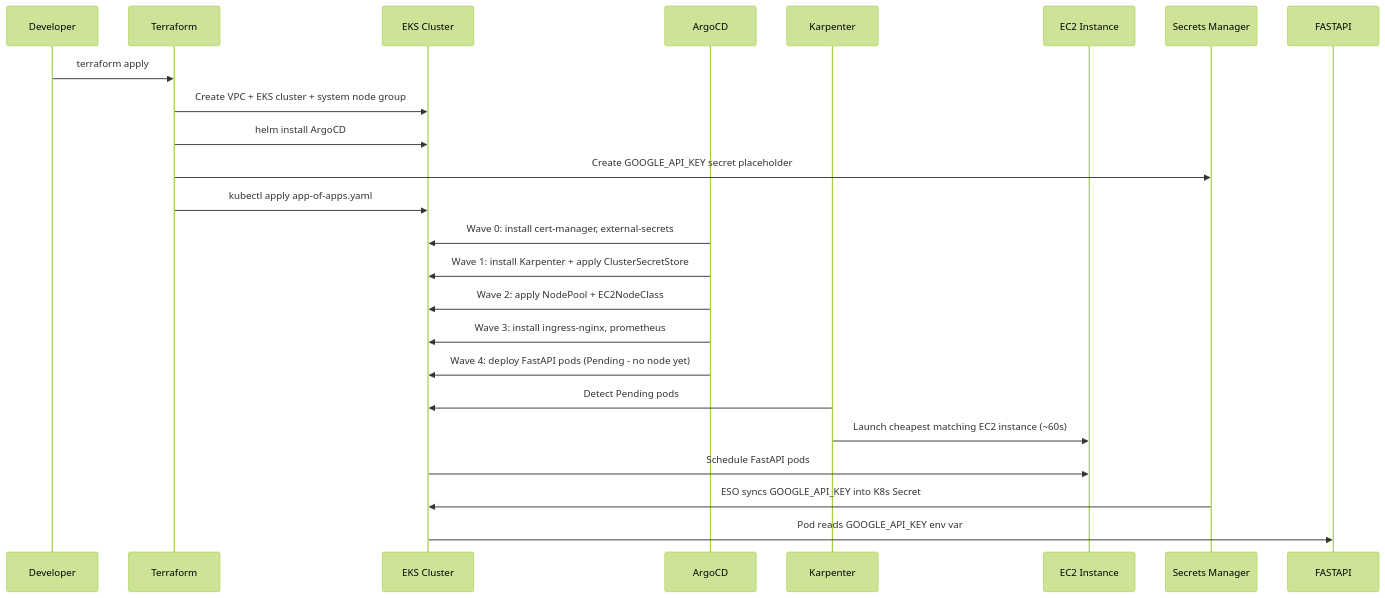
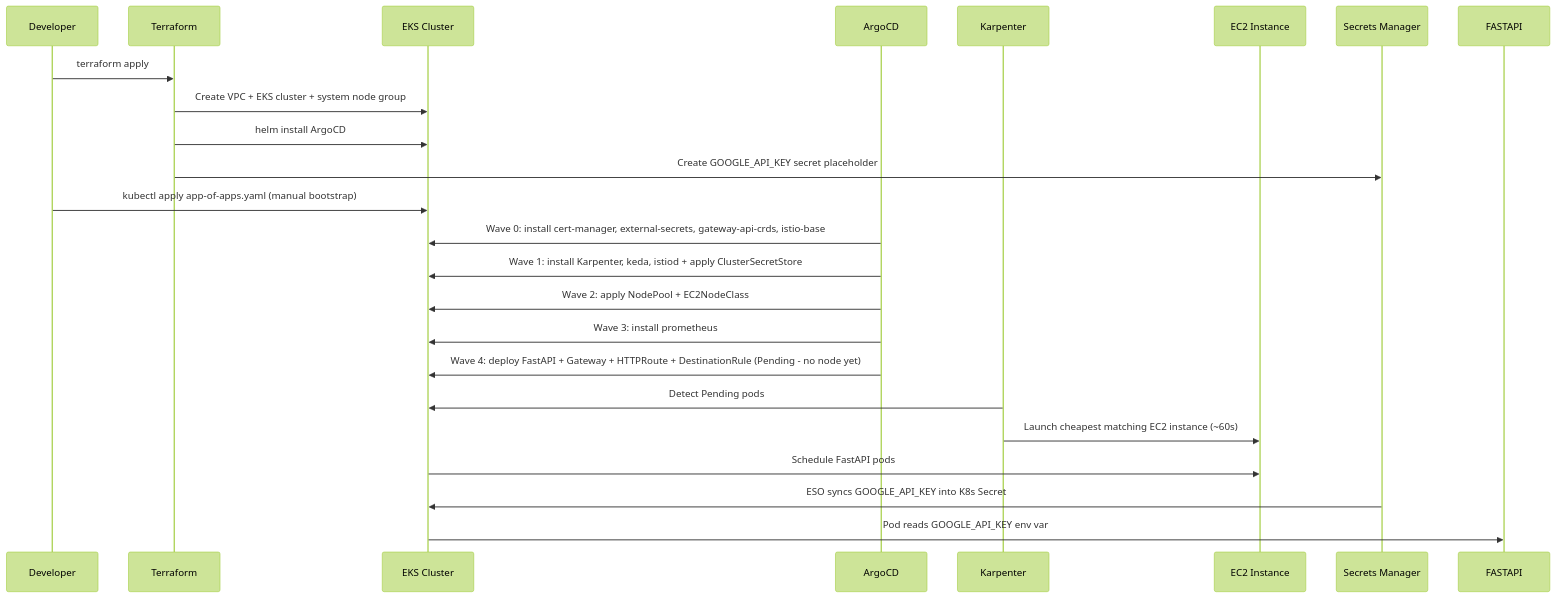
One commit to selvakumarperumal/karpenter_simple_example changed the second of 2 diagrams in README.md. Above: the diagram before and after it, drawn with Mermaid (forest theme). The commit also changed other lines of this file and 37 other files, not shown here.

Commit message:
feat: add Grafana dashboards for FastAPI monitoring and configure manual App of Apps bootstrapping

````diff
--- a/README.md
+++ b/README.md
@@ -43,29 +43,29 @@
 ```mermaid
 sequenceDiagram
     participant DEV as Developer
     participant TF as Terraform
     participant EKS as EKS Cluster
     participant ARGO as ArgoCD
     participant KARP as Karpenter
     participant EC2 as EC2 Instance
     participant SM as Secrets Manager
 
     DEV->>TF: terraform apply
     TF->>EKS: Create VPC + EKS cluster + system node group
     TF->>EKS: helm install ArgoCD
     TF->>SM: Create GOOGLE_API_KEY secret placeholder
-    TF->>EKS: kubectl apply app-of-apps.yaml
+    DEV->>EKS: kubectl apply app-of-apps.yaml (manual bootstrap)
 
-    ARGO->>EKS: Wave 0: install cert-manager, external-secrets
-    ARGO->>EKS: Wave 1: install Karpenter + apply ClusterSecretStore
+    ARGO->>EKS: Wave 0: install cert-manager, external-secrets, gateway-api-crds, istio-base
+    ARGO->>EKS: Wave 1: install Karpenter, keda, istiod + apply ClusterSecretStore
     ARGO->>EKS: Wave 2: apply NodePool + EC2NodeClass
-    ARGO->>EKS: Wave 3: install ingress-nginx, prometheus
-    ARGO->>EKS: Wave 4: deploy FastAPI pods (Pending - no node yet)
+    ARGO->>EKS: Wave 3: install prometheus
+    ARGO->>EKS: Wave 4: deploy FastAPI + Gateway + HTTPRoute + DestinationRule (Pending - no node yet)
 
     KARP->>EKS: Detect Pending pods
     KARP->>EC2: Launch cheapest matching EC2 instance (~60s)
     EKS->>EC2: Schedule FastAPI pods
 
     SM->>EKS: ESO syncs GOOGLE_API_KEY into K8s Secret
     EKS->>FASTAPI: Pod reads GOOGLE_API_KEY env var
 ```
````
